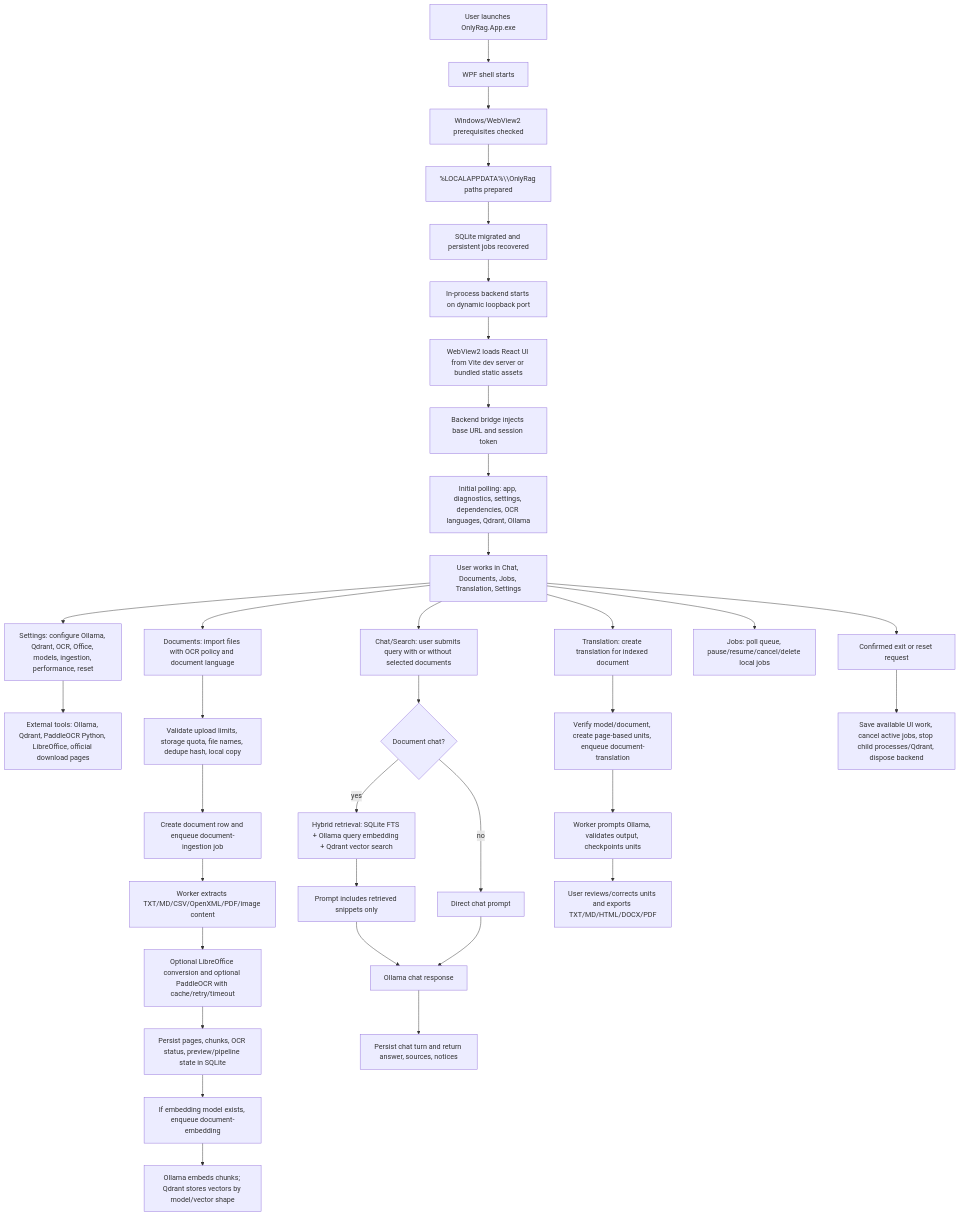
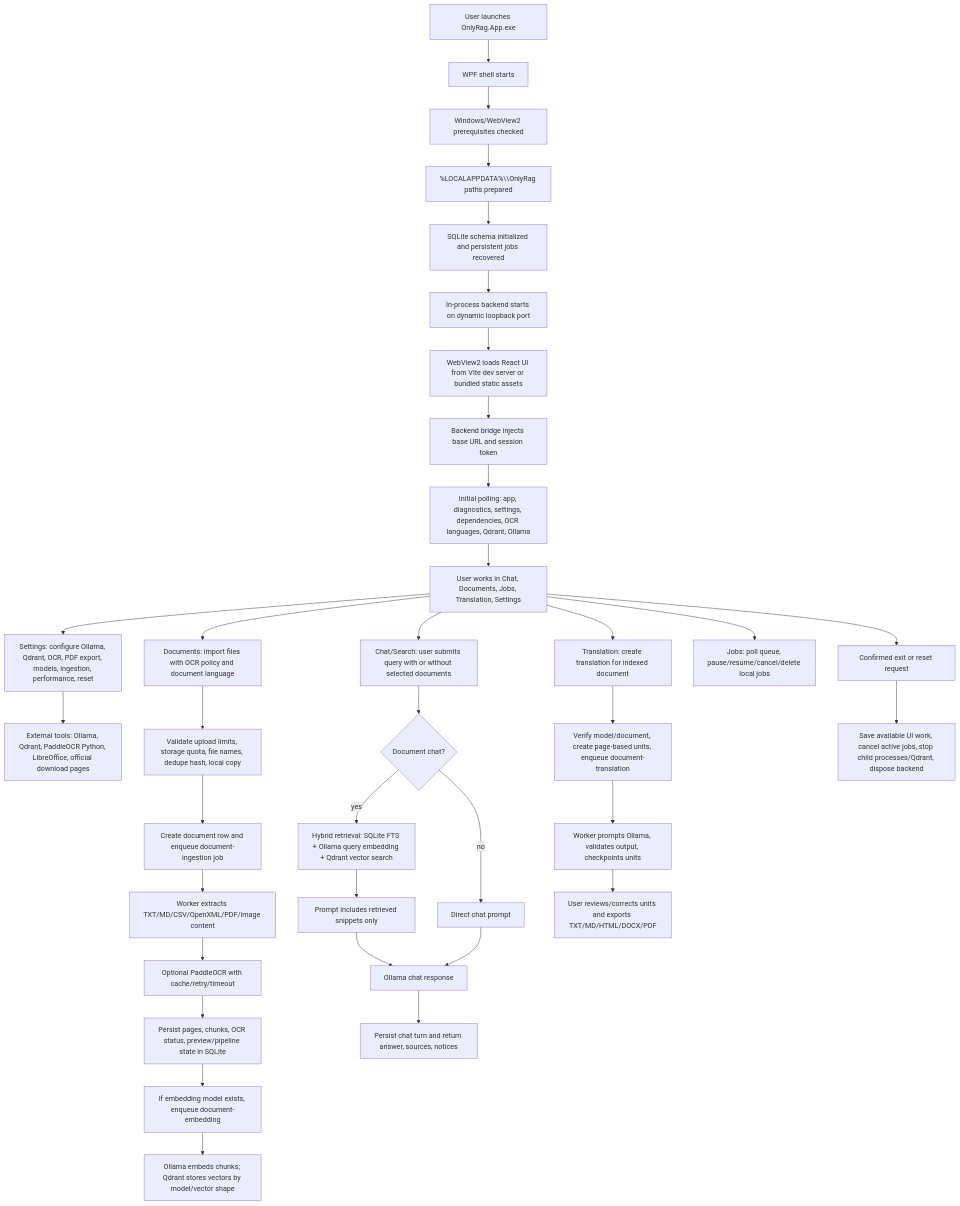
The diagram in docs/APP_FLOW.md (dennidalpos/OnlyRag), drawn with Mermaid before and after one commit. The commit also changed other lines of this file and 89 other files, not shown here.

````diff
--- a/docs/APP_FLOW.md
+++ b/docs/APP_FLOW.md
@@ -6,42 +6,42 @@
 ```mermaid
 flowchart TD
     A["User launches OnlyRag.App.exe"] --> B["WPF shell starts"]
     B --> C["Windows/WebView2 prerequisites checked"]
     C --> D["%LOCALAPPDATA%\\OnlyRag paths prepared"]
-    D --> E["SQLite migrated and persistent jobs recovered"]
+    D --> E["SQLite schema initialized and persistent jobs recovered"]
     E --> F["In-process backend starts on dynamic loopback port"]
     F --> G["WebView2 loads React UI from Vite dev server or bundled static assets"]
     G --> H["Backend bridge injects base URL and session token"]
     H --> I["Initial polling: app, diagnostics, settings, dependencies, OCR languages, Qdrant, Ollama"]
     I --> J["User works in Chat, Documents, Jobs, Translation, Settings"]
 
-    J --> K["Settings: configure Ollama, Qdrant, OCR, Office, models, ingestion, performance, reset"]
+    J --> K["Settings: configure Ollama, Qdrant, OCR, PDF export, models, ingestion, performance, reset"]
     K --> L["External tools: Ollama, Qdrant, PaddleOCR Python, LibreOffice, official download pages"]
 
     J --> M["Documents: import files with OCR policy and document language"]
     M --> N["Validate upload limits, storage quota, file names, dedupe hash, local copy"]
     N --> O["Create document row and enqueue document-ingestion job"]
     O --> P["Worker extracts TXT/MD/CSV/OpenXML/PDF/image content"]
-    P --> Q["Optional LibreOffice conversion and optional PaddleOCR with cache/retry/timeout"]
+    P --> Q["Optional PaddleOCR with cache/retry/timeout"]
     Q --> R["Persist pages, chunks, OCR status, preview/pipeline state in SQLite"]
     R --> S["If embedding model exists, enqueue document-embedding"]
     S --> T["Ollama embeds chunks; Qdrant stores vectors by model/vector shape"]
 
     J --> U["Chat/Search: user submits query with or without selected documents"]
     U --> V{"Document chat?"}
     V -->|yes| W["Hybrid retrieval: SQLite FTS + Ollama query embedding + Qdrant vector search"]
     W --> X["Prompt includes retrieved snippets only"]
     V -->|no| Y["Direct chat prompt"]
     X --> Z["Ollama chat response"]
     Y --> Z
     Z --> AA["Persist chat turn and return answer, sources, notices"]
 
     J --> AB["Translation: create translation for indexed document"]
     AB --> AC["Verify model/document, create page-based units, enqueue document-translation"]
     AC --> AD["Worker prompts Ollama, validates output, checkpoints units"]
     AD --> AE["User reviews/corrects units and exports TXT/MD/HTML/DOCX/PDF"]
 
     J --> AF["Jobs: poll queue, pause/resume/cancel/delete local jobs"]
     J --> AG["Confirmed exit or reset request"]
     AG --> AH["Save available UI work, cancel active jobs, stop child processes/Qdrant, dispose backend"]
 ```
````
